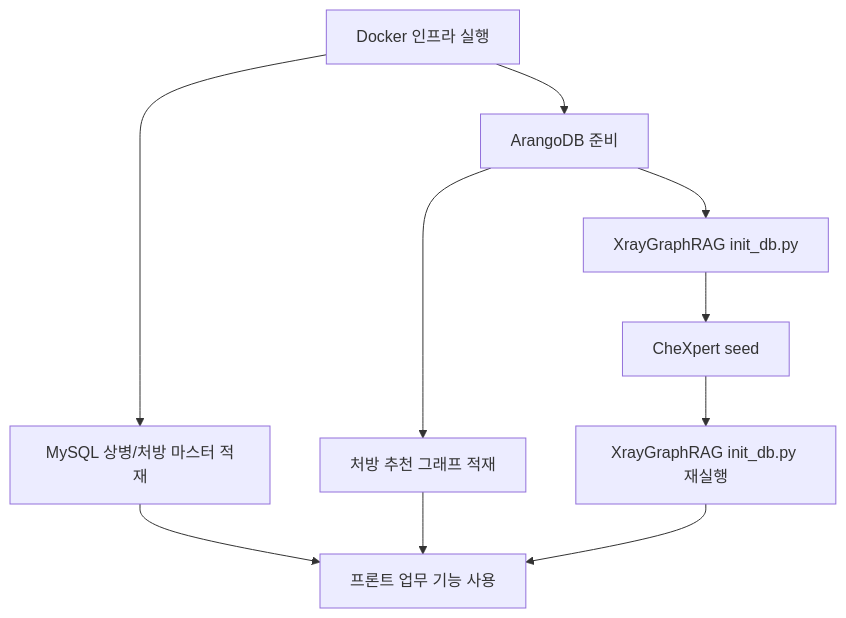
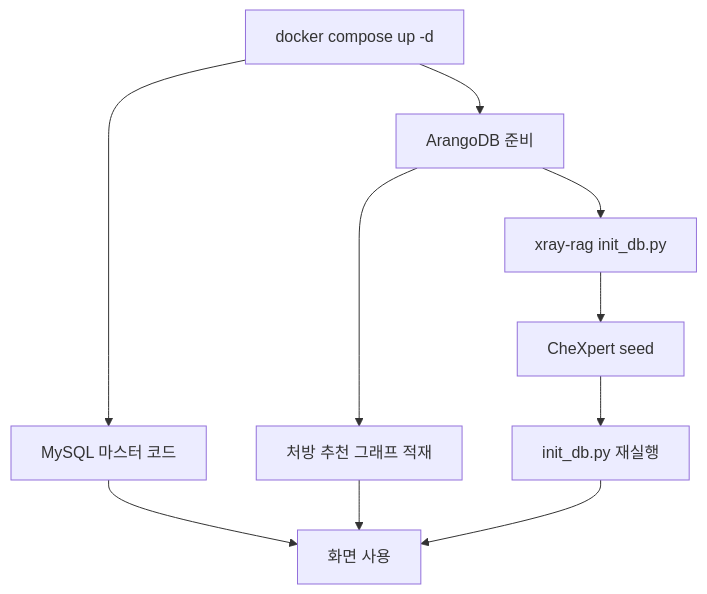
One commit to kjbddo/bitcomputer-emr changed the fourth of 4 diagrams in Docs/05-data-and-deployment.md. Above: the diagram before and after it, drawn with Mermaid. The commit also changed other lines of this file and 2 other files, not shown here.

````diff
--- a/Docs/05-data-and-deployment.md
+++ b/Docs/05-data-and-deployment.md
@@ -215,12 +217,12 @@
 ```mermaid
 flowchart TD
-  A[Docker 인프라 실행] --> B[MySQL 상병/처방 마스터 적재]
+  A[docker compose up -d] --> B[MySQL 마스터 코드]
   A --> C[ArangoDB 준비]
   C --> D[처방 추천 그래프 적재]
-  C --> E[XrayGraphRAG init_db.py]
+  C --> E[xray-rag init_db.py]
   E --> F[CheXpert seed]
-  F --> G[XrayGraphRAG init_db.py 재실행]
-  B --> H[프론트 업무 기능 사용]
+  F --> G[init_db.py 재실행]
+  B --> H[화면 사용]
   D --> H
   G --> H
 ```
````
